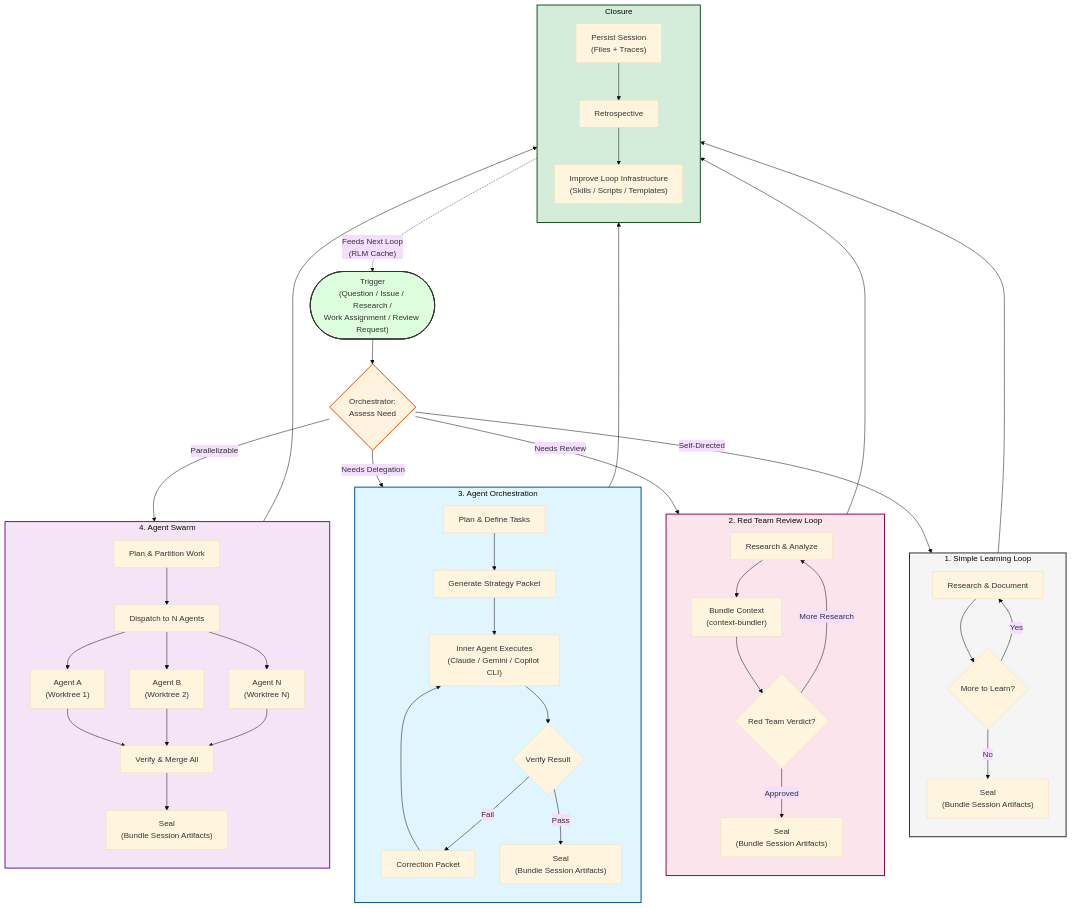
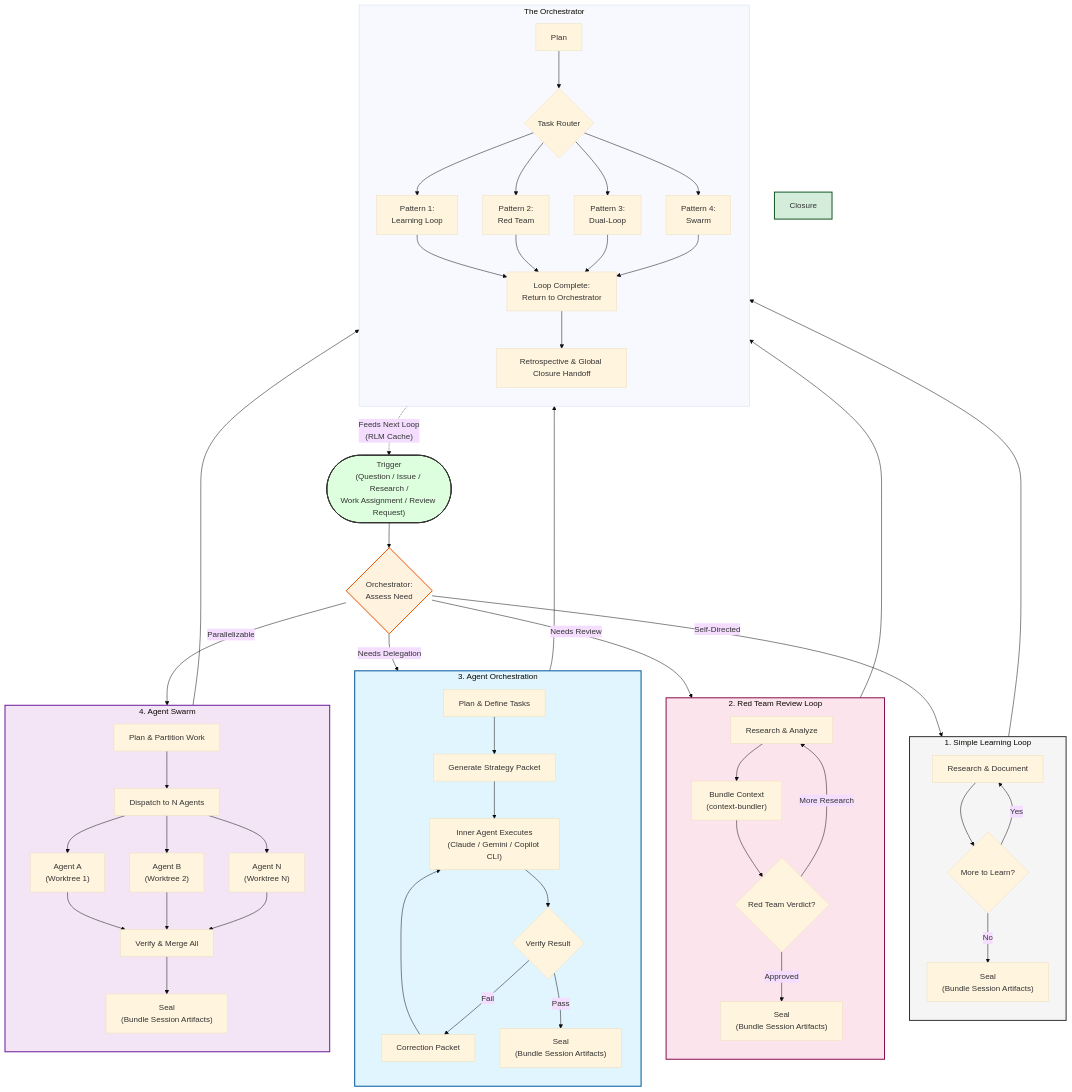
Before and after one commit to richfrem/InvestmentToolkit: the diagram in plugins/agent-loops/resources/diagrams/agent_loops_overview.mmd, drawn with Mermaid. The commit also changed 192 other files, not shown here.

```diff
--- a/plugins/agent-loops/resources/diagrams/agent_loops_overview.mmd
+++ b/plugins/agent-loops/resources/diagrams/agent_loops_overview.mmd
@@ -1,82 +1,88 @@
 ---
 config:
   layout: dagre
   theme: base
 ---
 
 %% Agent Loops: Overview
 %% The orchestrator assesses the trigger and routes to the appropriate loop pattern.
 %% Location: resources/diagrams/agent_loops_overview.mmd
 
 flowchart TB
     Trigger(["Trigger<br>(Question / Issue / Research /<br>Work Assignment / Review Request)"])
 
     Trigger --> Assess{"Orchestrator:<br>Assess Need"}
 
     %% ─── PATTERN 1: SIMPLE LEARNING LOOP ───
     Assess -- "Self-Directed" --> SimpleLoop
     subgraph SimpleLoop ["1. Simple Learning Loop"]
         direction TB
         SL_Research["Research & Document"] --> SL_Iterate{"More to Learn?"}
         SL_Iterate -- Yes --> SL_Research
         SL_Iterate -- No --> SL_Seal["Seal<br>(Bundle Session Artifacts)"]
     end
 
     %% ─── PATTERN 2: RED TEAM REVIEW LOOP ───
     Assess -- "Needs Review" --> RedTeam
     subgraph RedTeam ["2. Red Team Review Loop"]
         direction TB
         RT_Research["Research & Analyze"] --> RT_Bundle["Bundle Context<br>(context-bundler)"]
         RT_Bundle --> RT_Review{"Red Team Verdict?"}
         RT_Review -- "More Research" --> RT_Research
         RT_Review -- "Approved" --> RT_Seal["Seal<br>(Bundle Session Artifacts)"]
     end
 
     %% ─── PATTERN 3: AGENT ORCHESTRATION ───
     Assess -- "Needs Delegation" --> AgentOrch
     subgraph AgentOrch ["3. Agent Orchestration"]
         direction TB
         AO_Plan["Plan & Define Tasks"] --> AO_Packet["Generate Strategy Packet"]
         AO_Packet --> AO_Inner["Inner Agent Executes<br>(Claude / Gemini / Copilot CLI)"]
         AO_Inner --> AO_Verify{"Verify Result"}
         AO_Verify -- Fail --> AO_Correct["Correction Packet"] --> AO_Inner
         AO_Verify -- Pass --> AO_Seal["Seal<br>(Bundle Session Artifacts)"]
     end
 
     %% ─── PATTERN 4: AGENT SWARM ───
     Assess -- "Parallelizable" --> Swarm
     subgraph Swarm ["4. Agent Swarm"]
         direction TB
         SW_Plan["Plan & Partition Work"] --> SW_Dispatch["Dispatch to N Agents"]
         SW_Dispatch --> SW_A["Agent A<br>(Worktree 1)"]
         SW_Dispatch --> SW_B["Agent B<br>(Worktree 2)"]
         SW_Dispatch --> SW_N["Agent N<br>(Worktree N)"]
         SW_A --> SW_Merge["Verify & Merge All"]
         SW_B --> SW_Merge
         SW_N --> SW_Merge
         SW_Merge --> SW_Seal["Seal<br>(Bundle Session Artifacts)"]
     end
 
     %% ─── CLOSURE (SHARED) ───
-    subgraph Closure ["Closure"]
+    subgraph Orchestrator [The Orchestrator]
         direction TB
-        Persist["Persist Session<br>(Files + Traces)"] --> Retro["Retrospective"]
-        Retro --> Improve["Improve Loop Infrastructure<br>(Skills / Scripts / Templates)"]
+        Plan --> Route{Task Router}
+        Route --> Pat1[Pattern 1:<br>Learning Loop]
+        Route --> Pat2[Pattern 2:<br>Red Team]
+        Route --> Pat3[Pattern 3:<br>Dual-Loop]
+        Route --> Pat4[Pattern 4:<br>Swarm]
+        
+        Pat1 & Pat2 & Pat3 & Pat4 --> Handoff[Loop Complete:<br>Return to Orchestrator]
+        Handoff --> Retro[Retrospective & Global Closure Handoff]
     end
 
-    SL_Seal --> Persist
-    RT_Seal --> Persist
-    AO_Seal --> Persist
-    SW_Seal --> Persist
+    SL_Seal --> Handoff
+    RT_Seal --> Handoff
+    AO_Seal --> Handoff
+    SW_Seal --> Handoff
 
     %% Recursive: learnings feed the next trigger
     Retro -.->|"Feeds Next Loop<br>(RLM Cache)"| Trigger
 
     %% Styles
     style Trigger fill:#dfd,stroke:#333,stroke-width:2px
     style Assess fill:#fff3e0,stroke:#e65100,stroke-width:2px
     style SimpleLoop fill:#f5f5f5,stroke:#333,stroke-width:2px
     style RedTeam fill:#fce4ec,stroke:#880e4f,stroke-width:2px
     style AgentOrch fill:#e1f5fe,stroke:#01579b,stroke-width:2px
     style Swarm fill:#f3e5f5,stroke:#6a1b9a,stroke-width:2px
     style Closure fill:#d4edda,stroke:#155724,stroke-width:2px
```
